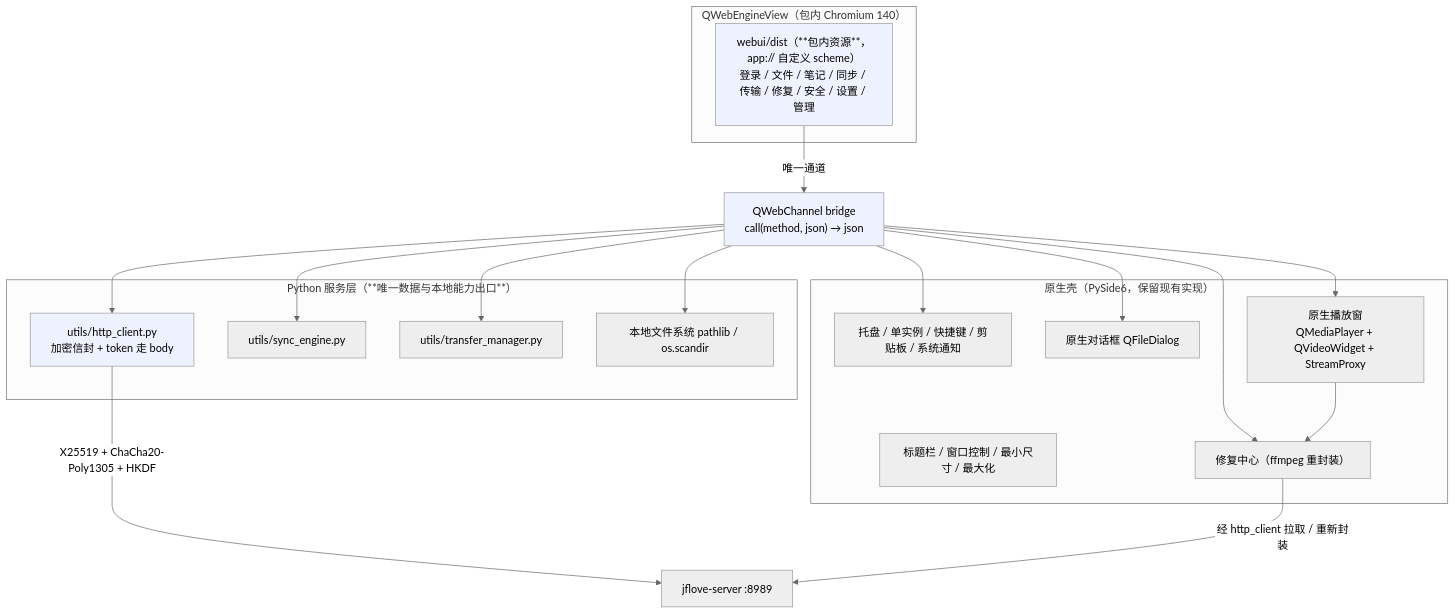
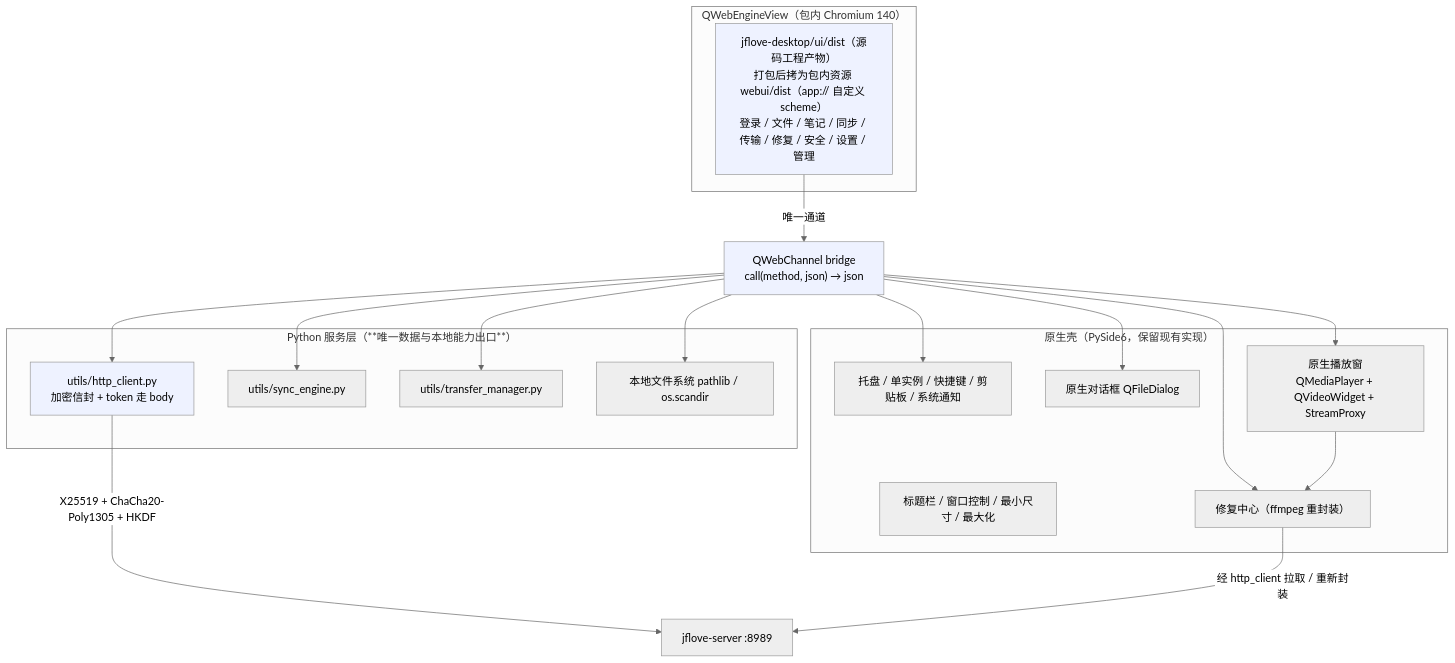
One commit to js1688/jflove changed the second of 3 diagrams in 文档记录/设计文档/v1.5.0.md. Above: the diagram before and after it, drawn with Mermaid (neutral theme). The commit also changed other lines of this file and 65 other files, not shown here.

````diff
--- a/文档记录/设计文档/v1.5.0.md
+++ b/文档记录/设计文档/v1.5.0.md
@@ -1176,40 +1215,40 @@
 ```mermaid
 flowchart TB
     subgraph Native["原生壳（PySide6，保留现有实现）"]
         WIN["标题栏 / 窗口控制 / 最小尺寸 / 最大化"]
         TRAY["托盘 / 单实例 / 快捷键 / 剪贴板 / 系统通知"]
         DLG["原生对话框 QFileDialog"]
         PLAY["原生播放窗<br/>QMediaPlayer + QVideoWidget + StreamProxy"]
         REPAIR["修复中心（ffmpeg 重封装）"]
     end
 
     subgraph WV["QWebEngineView（包内 Chromium 140）"]
-        UI["webui/dist（**包内资源**，app:// 自定义 scheme）<br/>登录 / 文件 / 笔记 / 同步 / 传输 / 修复 / 安全 / 设置 / 管理"]
+        UI["jflove-desktop/ui/dist（源码工程产物）<br/>打包后拷为包内资源 webui/dist（app:// 自定义 scheme）<br/>登录 / 文件 / 笔记 / 同步 / 传输 / 修复 / 安全 / 设置 / 管理"]
     end
 
     subgraph PY["Python 服务层（**唯一数据与本地能力出口**）"]
         HC["utils/http_client.py<br/>加密信封 + token 走 body"]
         SYNC["utils/sync_engine.py"]
         TRANS["utils/transfer_manager.py"]
         FS["本地文件系统 pathlib / os.scandir"]
     end
 
     BRIDGE["QWebChannel bridge<br/>call(method, json) → json"]
 
     UI -->|"唯一通道"| BRIDGE
     BRIDGE --> HC
     BRIDGE --> SYNC
     BRIDGE --> TRANS
     BRIDGE --> FS
     BRIDGE --> DLG
     BRIDGE --> PLAY
     BRIDGE --> TRAY
     BRIDGE --> REPAIR
     HC -->|"X25519 + ChaCha20-Poly1305 + HKDF"| SRV["jflove-server :8989"]
     PLAY --> REPAIR
     REPAIR -->|"经 http_client 拉取 / 重新封装"| SRV
 
     style UI fill:#eef2ff
     style BRIDGE fill:#eef2ff
     style HC fill:#eef2ff
 ```
````
